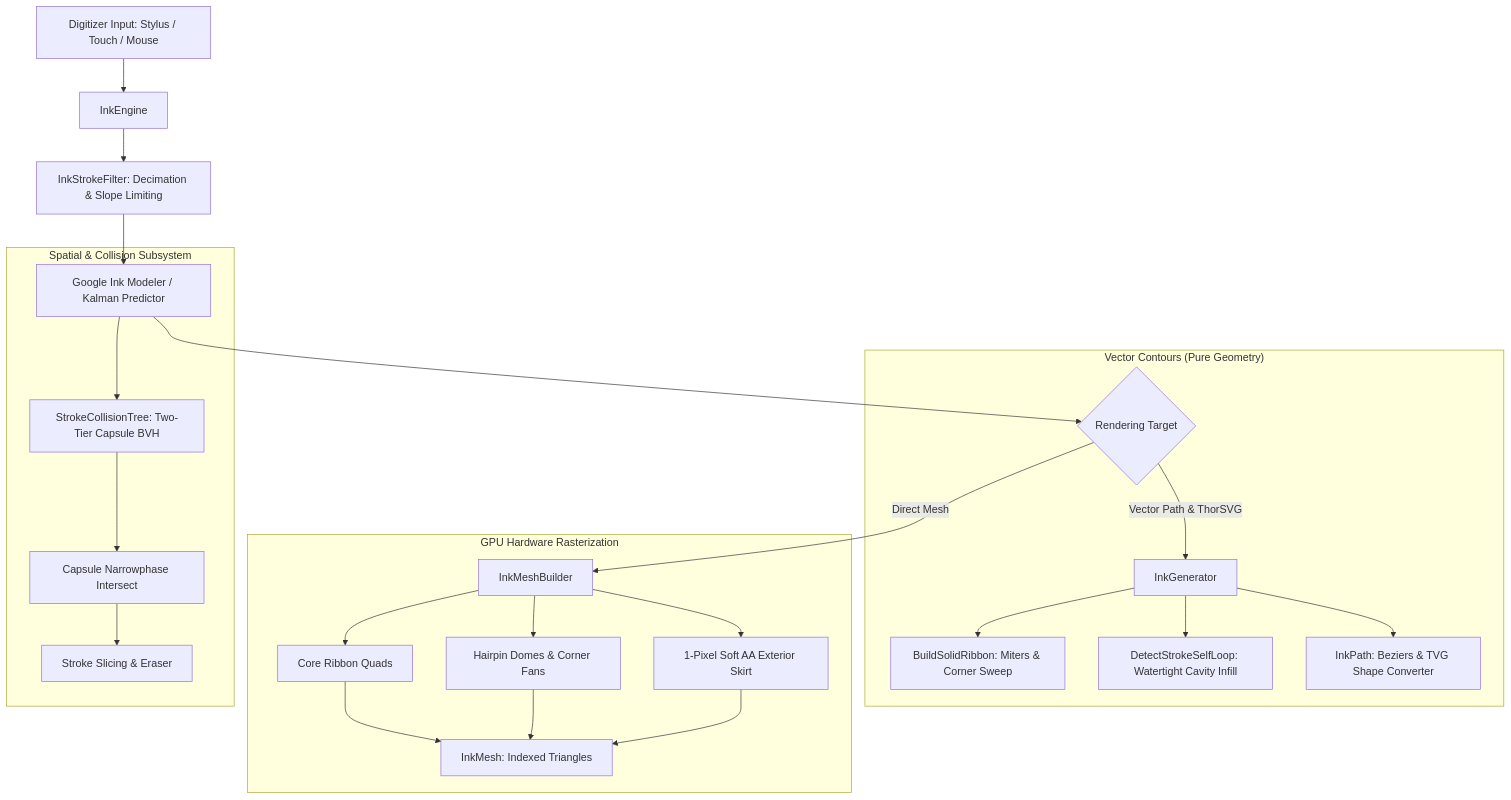
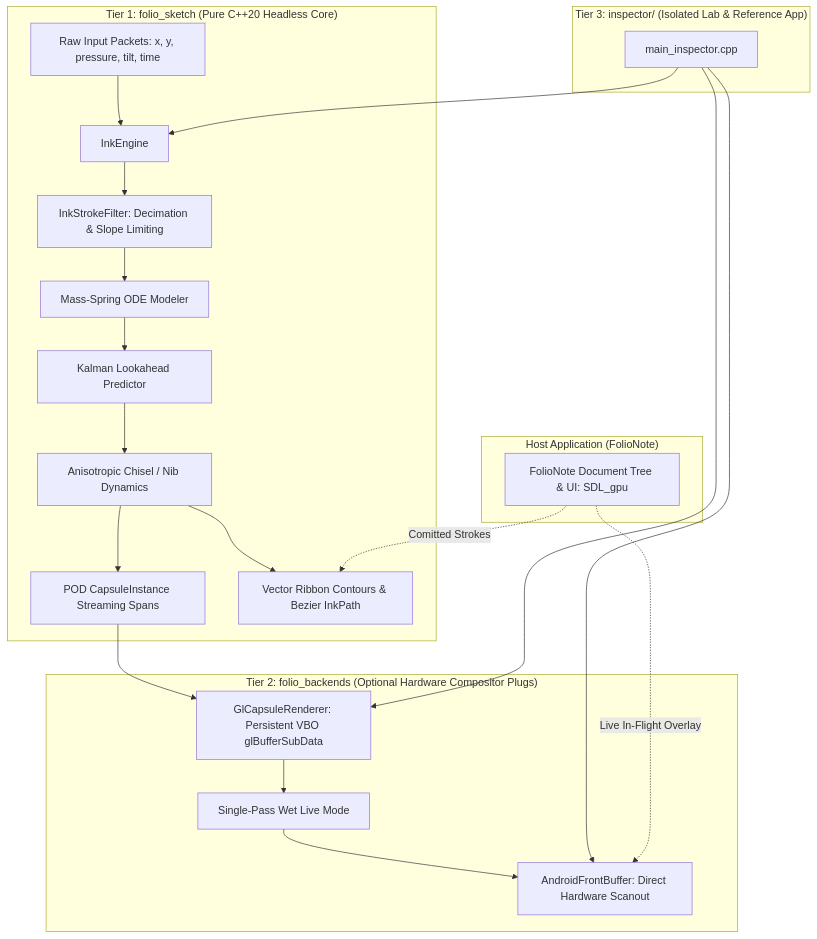
Before and after one commit to 3dWonderGuy/Folio-Sketch: the diagram in docs/architecture.md, drawn with Mermaid. The commit also changed other lines of this file and 47 other files, not shown here.

````diff
--- a/docs/architecture.md
+++ b/docs/architecture.md
@@ -5,28 +5,29 @@
 ```mermaid
 graph TD
-    A[Digitizer Input: Stylus / Touch / Mouse] --> B[InkEngine]
-    B --> C[InkStrokeFilter: Decimation & Slope Limiting]
-    C --> D[Google Ink Modeler / Kalman Predictor]
-    D --> E{Rendering Target}
-    
-    subgraph "Vector Contours (Pure Geometry)"
-        E -->|Vector Path & ThorSVG| F[InkGenerator]
-        F --> G[BuildSolidRibbon: Miters & Corner Sweep]
-        F --> H[DetectStrokeSelfLoop: Watertight Cavity Infill]
-        F --> I[InkPath: Beziers & TVG Shape Converter]
+    subgraph "Tier 1: folio_sketch (Pure C++20 Headless Core)"
+        A[Raw Input Packets: x, y, pressure, tilt, time] --> B[InkEngine]
+        B --> C[InkStrokeFilter: Decimation & Slope Limiting]
+        C --> D[Mass-Spring ODE Modeler]
+        D --> E[Kalman Lookahead Predictor]
+        E --> F[Anisotropic Chisel / Nib Dynamics]
+        F --> G[POD CapsuleInstance Streaming Spans]
+        F --> H[Vector Ribbon Contours & Bezier InkPath]
     end
 
-    subgraph "GPU Hardware Rasterization"
-        E -->|Direct Mesh| J[InkMeshBuilder]
-        J --> K[Core Ribbon Quads]
-        J --> L[Hairpin Domes & Corner Fans]
-        J --> M[1-Pixel Soft AA Exterior Skirt]
-        K & L & M --> N[InkMesh: Indexed Triangles]
+    subgraph "Tier 2: folio_backends (Optional Hardware Compositor Plugs)"
+        G --> I[GlCapsuleRenderer: Persistent VBO glBufferSubData]
+        I --> J[Single-Pass Wet Live Mode]
+        J --> K[AndroidFrontBuffer: Direct Hardware Scanout]
     end
 
-    subgraph "Spatial & Collision Subsystem"
-        D --> O[StrokeCollisionTree: Two-Tier Capsule BVH]
-        O --> P[Capsule Narrowphase Intersect]
-        P --> Q[Stroke Slicing & Eraser]
+    subgraph "Tier 3: inspector/ (Isolated Lab & Reference App)"
+        L[main_inspector.cpp] --> B
+        L --> I
+        L --> K
+    end
+
+    subgraph "Host Application (FolioNote)"
+        M[FolioNote Document Tree & UI: SDL_gpu] -. Comitted Strokes .-> H
+        M -. Live In-Flight Overlay .-> K
     end
 ```
````
